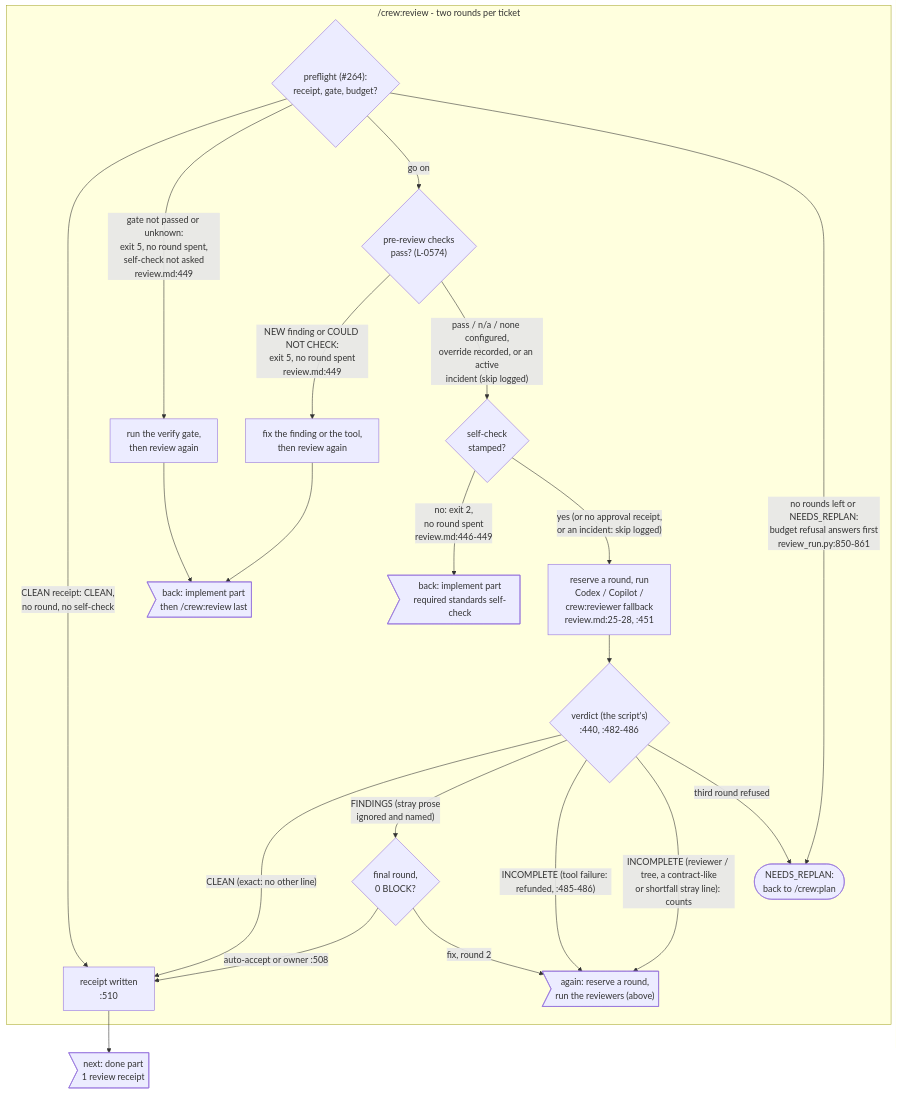
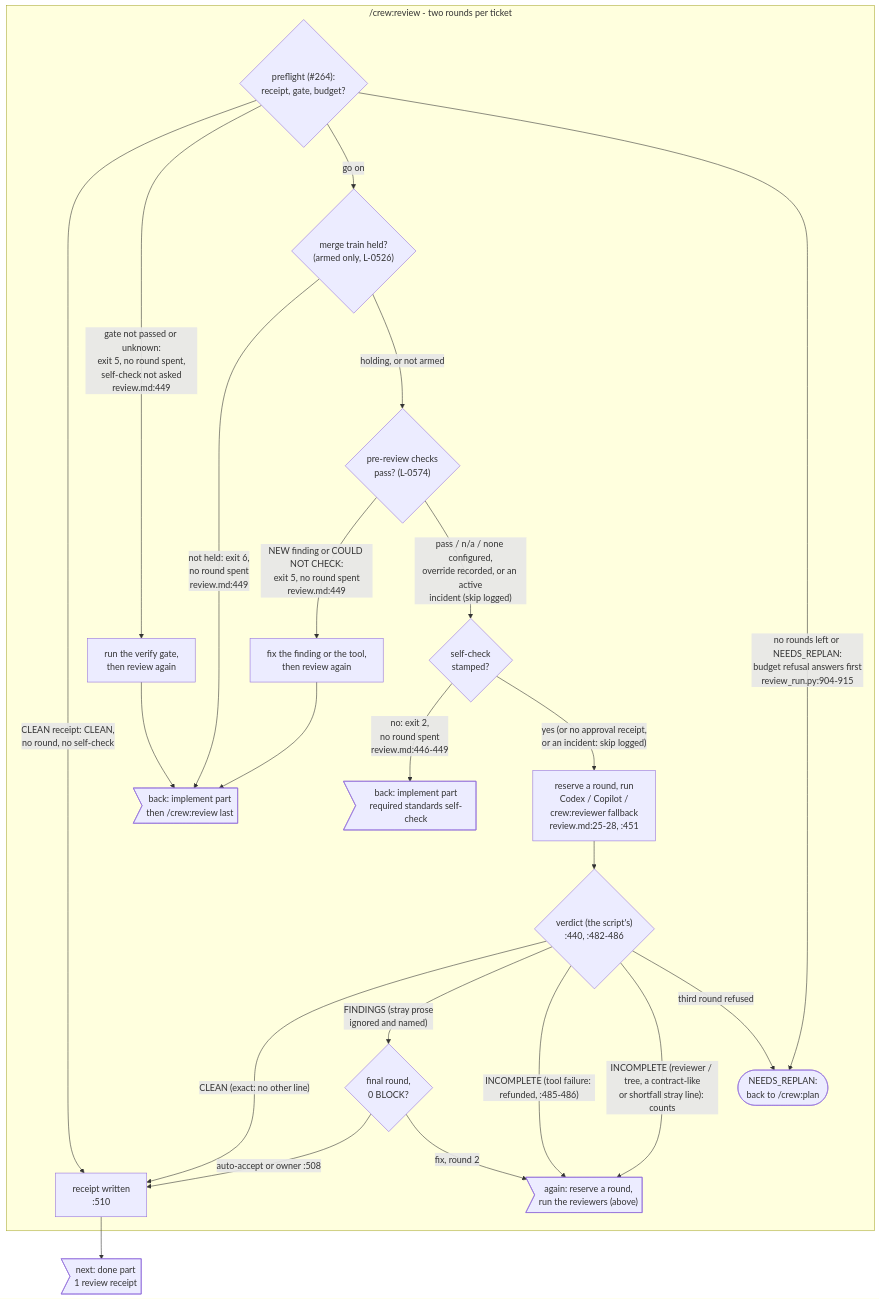
Diagram 30 of 36 in docs/diagrams/README.md (mbadali25/useful-claude-add-ons), drawn with Mermaid before and after one commit. The commit also changed other lines of this file and 12 other files, not shown here.

First line of the commit message:
L-0526: re-anchor four code maps and INDEX to 6d913543; review diagram gains the train gate; rules regenerated

````diff
--- a/docs/diagrams/README.md
+++ b/docs/diagrams/README.md
@@ -1121,29 +1121,31 @@
 ```mermaid
 flowchart TB
     subgraph review["/crew:review - two rounds per ticket"]
         pf0{"preflight (#264):<br/>receipt, gate, budget?"}
         pf0 -- "CLEAN receipt: CLEAN,<br/>no round, no self-check" --> rcpt
         pf0 -- "gate not passed or unknown:<br/>exit 5, no round spent,<br/>self-check not asked<br/>review.md:449" --> vg0["run the verify gate,<br/>then review again"]
         vg0 --> to_im5
-        pf0 -- "go on" --> pr0{"pre-review checks<br/>pass? (L-0574)"}
+        pf0 -- "go on" --> tr0{"merge train held?<br/>(armed only, L-0526)"}
+        tr0 -- "not held: exit 6,<br/>no round spent<br/>review.md:449" --> to_im5
+        tr0 -- "holding, or not armed" --> pr0{"pre-review checks<br/>pass? (L-0574)"}
         pr0 -- "NEW finding or COULD NOT CHECK:<br/>exit 5, no round spent<br/>review.md:449" --> fx0["fix the finding or the tool,<br/>then review again"]
         fx0 --> to_im5
         pr0 -- "pass / n/a / none configured,<br/>override recorded, or an active<br/>incident (skip logged)" --> rv0{"self-check<br/>stamped?"}
-        pf0 -- "no rounds left or NEEDS_REPLAN:<br/>budget refusal answers first<br/>review_run.py:850-861" --> replan
+        pf0 -- "no rounds left or NEEDS_REPLAN:<br/>budget refusal answers first<br/>review_run.py:904-915" --> replan
         rv0 -- "no: exit 2,<br/>no round spent<br/>review.md:446-449" --> to_sc1
         rv0 -- "yes (or no approval receipt,<br/>or an incident: skip logged)" --> rv1["reserve a round, run<br/>Codex / Copilot /<br/>crew:reviewer fallback<br/>review.md:25-28, :451"]
         rv1 --> rv2{"verdict (the script's)<br/>:440, :482-486"}
         rv2 -- "CLEAN (exact: no other line)" --> rcpt["receipt written<br/>:510"]
         rv2 -- "FINDINGS (stray prose<br/>ignored and named)" --> rv3{"final round,<br/>0 BLOCK?"}
         rv3 -- "auto-accept or owner :508" --> rcpt
         rv3 -- "fix, round 2" --> again_rv1
         rv2 -- "INCOMPLETE (tool failure: refunded, :485-486)" --> again_rv1
         rv2 -- "INCOMPLETE (reviewer / tree, a contract-like<br/>or shortfall stray line): counts" --> again_rv1
         rv2 -- "third round refused" --> replan([NEEDS_REPLAN:<br/>back to /crew:plan])
     end
 
     again_rv1>"again: reserve a round,<br/>run the reviewers (above)"]
     to_im5>"back: implement part<br/>then /crew:review last"]
     to_sc1>"back: implement part<br/>required standards self-check"]
     rcpt --> to_dn1>"next: done part<br/>1 review receipt"]
 ```
````
